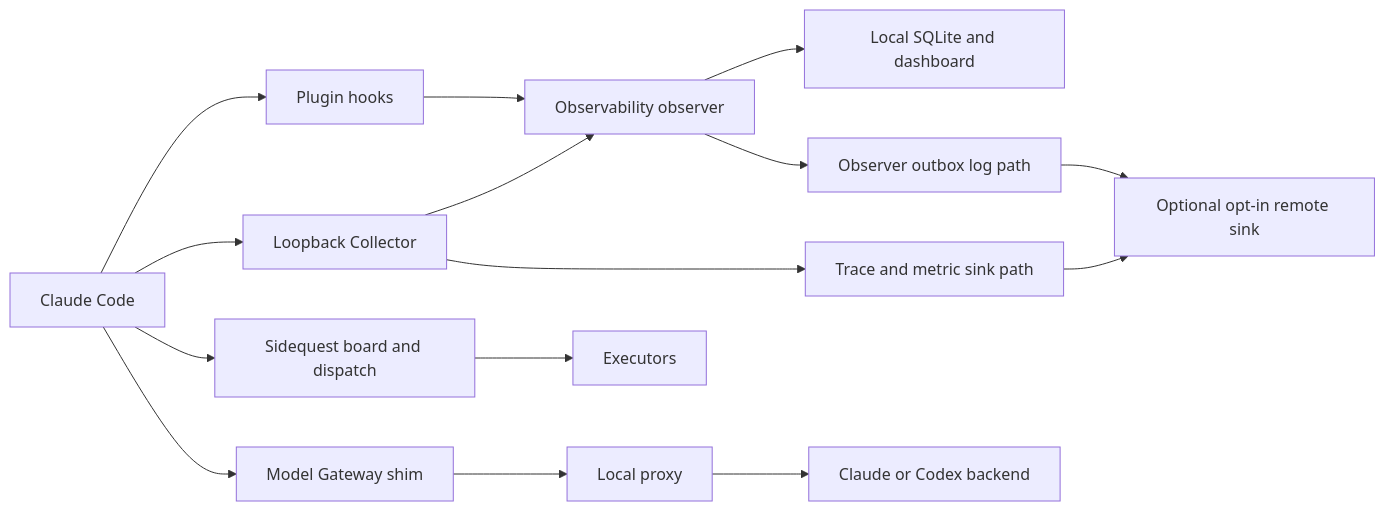
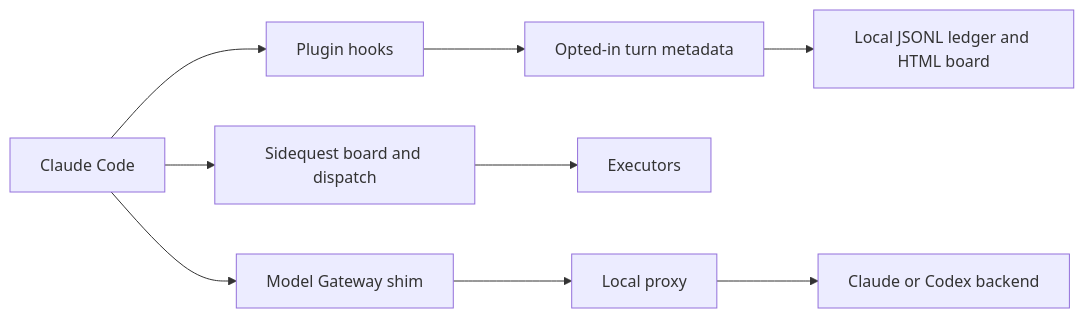
One commit to Eigenwise/eigenwise-toolshed changed the diagram in docs/src/content/docs/architecture.md. Above: the diagram before and after it, drawn with Mermaid. The commit also changed other lines of this file and 98 other files, not shown here.

Commit message:
refactor(observability): remove legacy telemetry services and document local tracking

````diff
--- a/docs/src/content/docs/architecture.md
+++ b/docs/src/content/docs/architecture.md
@@ -10,17 +10,11 @@
 ```mermaid
 flowchart LR
   CC[Claude Code] --> H[Plugin hooks]
-  H --> O[Observability observer]
-  CC --> C[Loopback Collector]
-  C --> O
-  O --> D[Local SQLite and dashboard]
-  O --> L[Observer outbox log path]
-  C --> T[Trace and metric sink path]
-  L --> R[Optional opt-in remote sink]
-  T --> R
+  H --> O[Opted-in turn metadata]
+  O --> D[Local JSONL ledger and HTML board]
   CC --> S[Sidequest board and dispatch]
   S --> E[Executors]
   CC --> W[Model Gateway shim]
   W --> P[Local proxy]
   P --> API[Claude or Codex backend]
 ```
````
